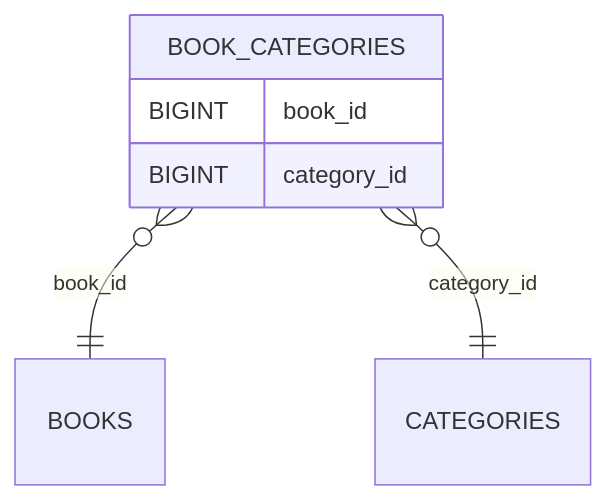
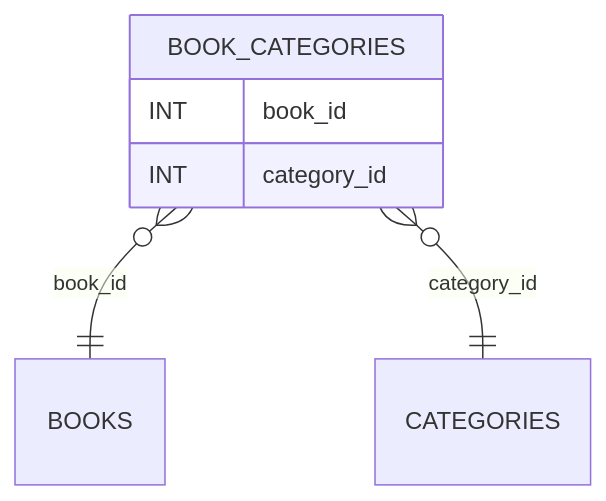
Before and after one commit to blackcatdatabase/table-book-categories: the diagram in README.md, drawn with Mermaid. The commit also changed other lines of this file, not shown here.

Commit message:
chore(schema): add/update generated schema + README (umbrella sync)

````diff
--- a/README.md
+++ b/README.md
@@ -47,9 +47,9 @@
 ```mermaid
 erDiagram
   BOOK_CATEGORIES {
-    BIGINT book_id
-    BIGINT category_id
+    INT book_id
+    INT category_id
   }
   BOOK_CATEGORIES }o--|| BOOKS : "book_id"
   BOOK_CATEGORIES }o--|| CATEGORIES : "category_id"
 ```
````
